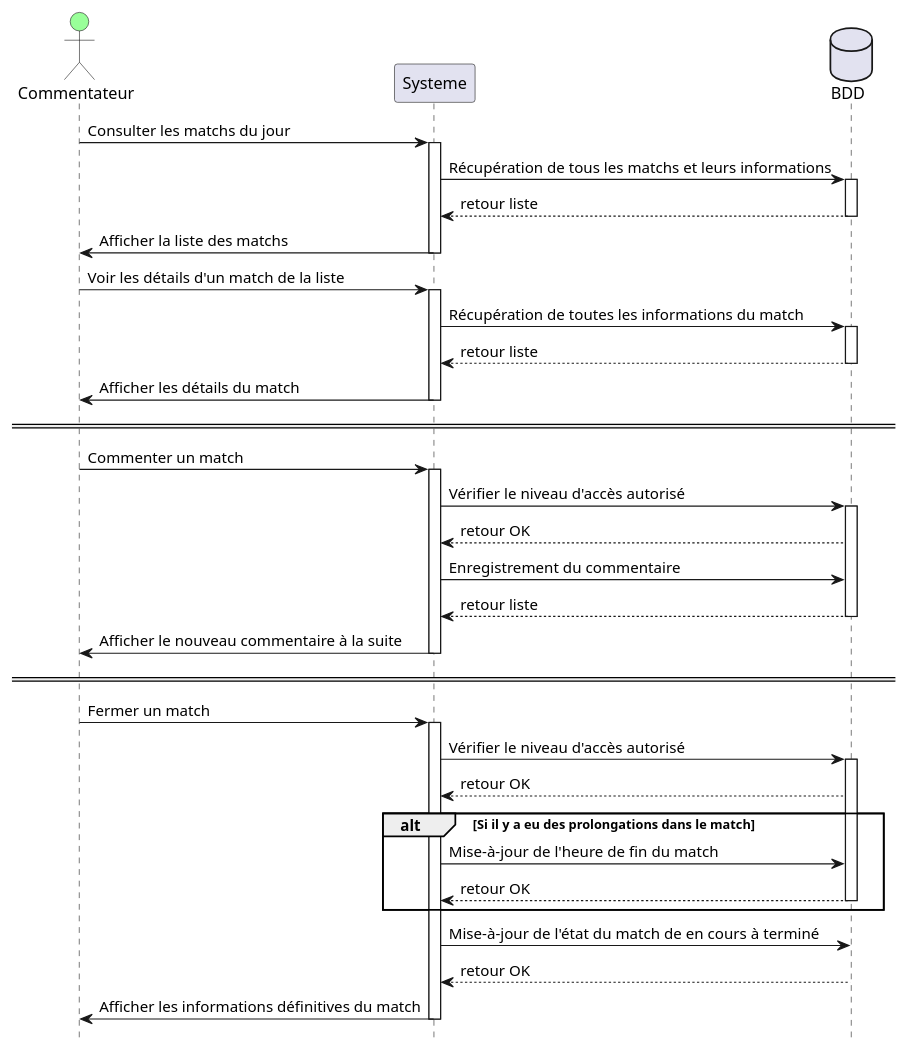
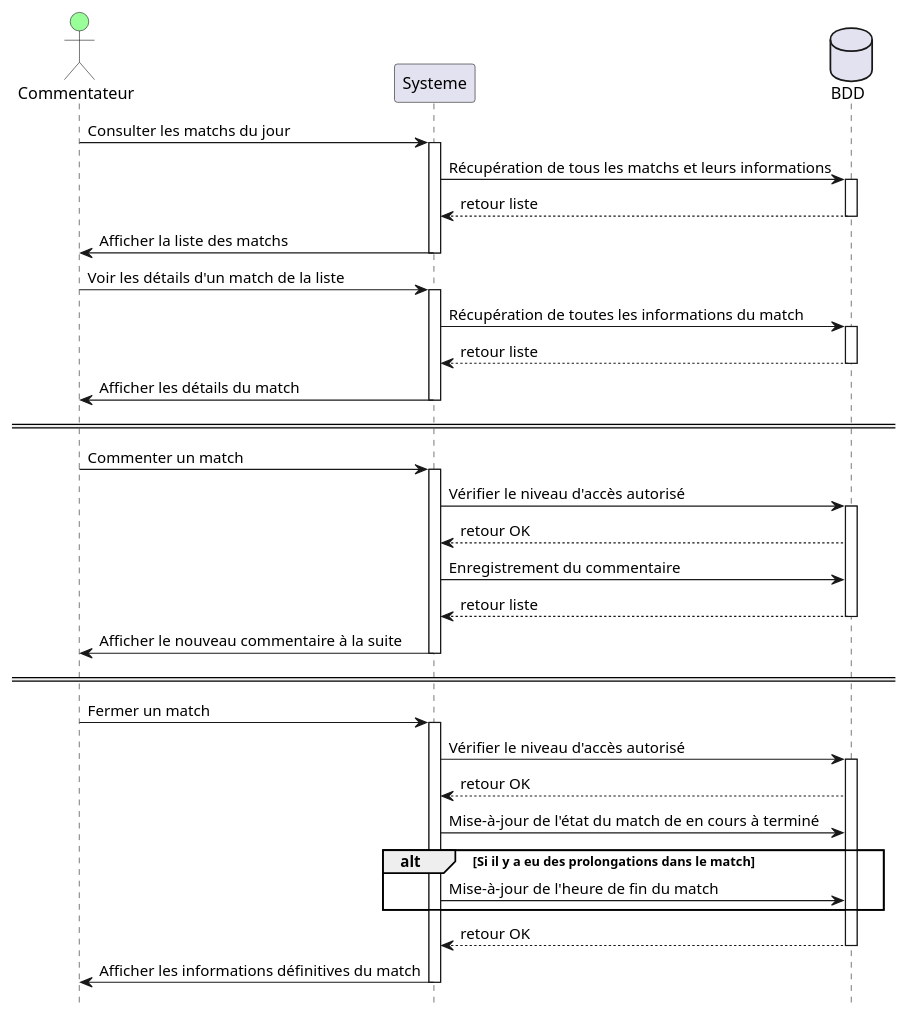
The third of 4 diagrams in #documents/OLD/Diagramme de sequence.OLD.md (kcdln/Smash-Bowl), drawn with PlantUML before and after one commit. The commit also changed 5 other files, not shown here.

Commit message:
Add "SuperBowlAdmin" usecase diagram & Update Admin one Minor changes into commentator sequential diagram, technical doc, etc.

```diff
--- a/#documents/OLD/Diagramme de sequence.OLD.md
+++ b/#documents/OLD/Diagramme de sequence.OLD.md
@@ -181,52 +181,51 @@
 @startuml
 
 hide footbox
 
 actor Commentateur #99ff99
 database BDD order 30
 
 Commentateur -> Systeme ++ : Consulter les matchs du jour
 
 Systeme -> BDD ++ : Récupération de tous les matchs et leurs informations
 BDD --> Systeme -- : retour liste
 
 Systeme -> Commentateur -- : Afficher la liste des matchs
 
 
 Commentateur -> Systeme ++ : Voir les détails d'un match de la liste
 
 Systeme -> BDD ++ : Récupération de toutes les informations du match
 BDD --> Systeme -- : retour liste
 
 Systeme -> Commentateur -- : Afficher les détails du match
 
 == ==
 
 Commentateur -> Systeme ++ : Commenter un match
 
 Systeme -> BDD ++ : Vérifier le niveau d'accès autorisé
 BDD --> Systeme: retour OK
 
 Systeme -> BDD : Enregistrement du commentaire
 BDD --> Systeme -- : retour liste
 
 Systeme -> Commentateur -- : Afficher le nouveau commentaire à la suite
 
 == ==
 
 Commentateur -> Systeme ++ : Fermer un match
 
 Systeme -> BDD ++ : Vérifier le niveau d'accès autorisé
 BDD --> Systeme: retour OK
 
+
+Systeme -> BDD : Mise-à-jour de l'état du match de en cours à terminé
 alt Si il y a eu des prolongations dans le match
   Systeme -> BDD : Mise-à-jour de l'heure de fin du match
-  BDD --> Systeme -- : retour OK
 end
-
-Systeme -> BDD : Mise-à-jour de l'état du match de en cours à terminé
 BDD --> Systeme -- : retour OK
 
 Systeme -> Commentateur -- : Afficher les informations définitives du match
 
 @enduml
```
